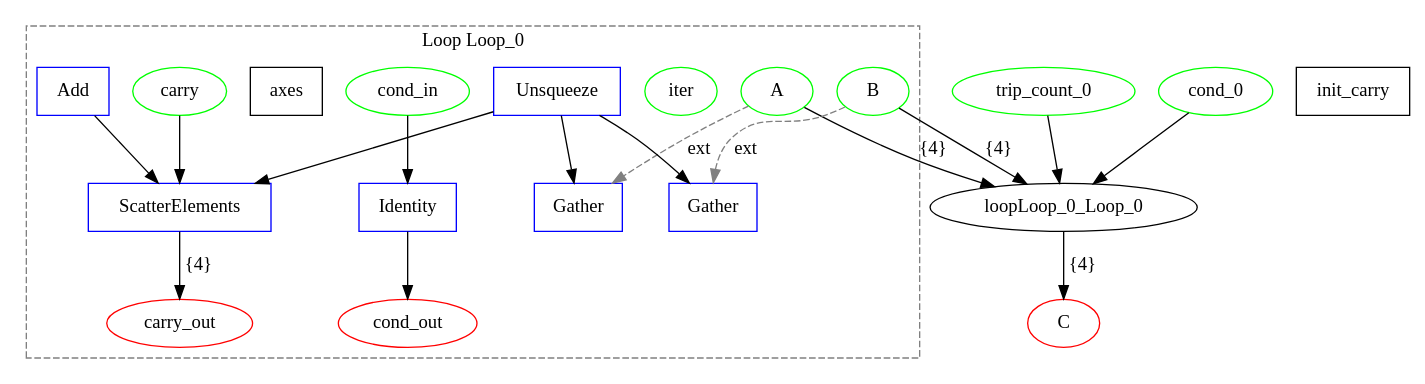
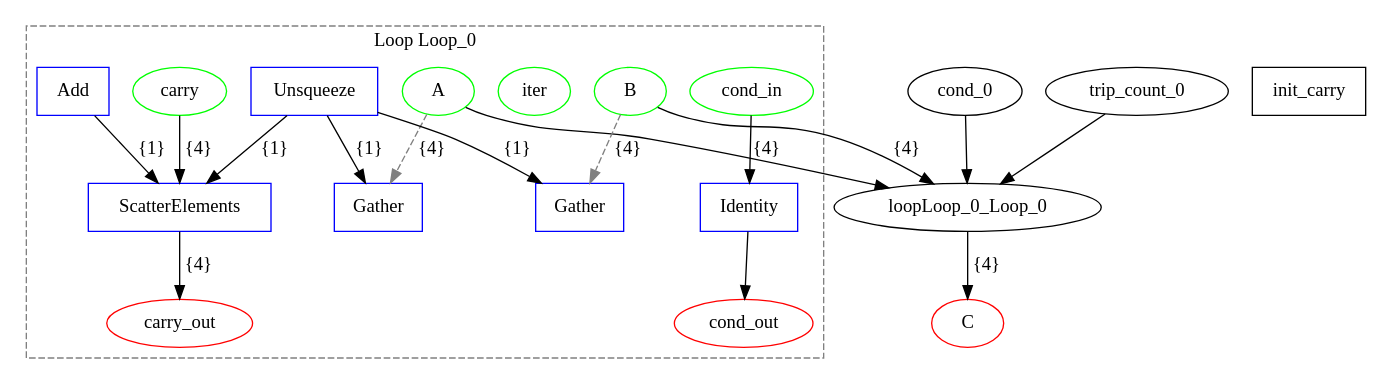
The diagram in examples/onnx/vectoradd_test.dot (specs-feup/onnx-flow), drawn with Graphviz before and after one commit. The commit also changed 27 other files, not shown here.

```diff
--- a/examples/onnx/vectoradd_test.dot
+++ b/examples/onnx/vectoradd_test.dot
@@ -1,43 +1,40 @@
 digraph {
   graph [compound=true];
   A [label=A shape=ellipse color="#00FF00"];
   B [label=B shape=ellipse color="#00FF00"];
   C [label=C shape=ellipse color="#FF0000"];
-  trip_count_0 [label=trip_count_0 shape=ellipse color="#00FF00"];
-  cond_0 [label=cond_0 shape=ellipse color="#00FF00"];
   init_carry [label=init_carry shape=box];
   subgraph cluster_loop_Loop_0 {
     graph [rankdir=LR compound=true];
     loopLoop_0_iter [label=iter shape=ellipse color="#00FF00"];
     loopLoop_0_cond_in [label=cond_in shape=ellipse color="#00FF00"];
     loopLoop_0_carry [label=carry shape=ellipse color="#00FF00"];
-    loopLoop_0_axes [label=axes shape=box];
     loopLoop_0_unsq [label=Unsqueeze shape=box color="#0000FF"];
-    loopLoop_0_unsq -> loopLoop_0_g_A_0 [label=""];
-    loopLoop_0_unsq -> loopLoop_0_g_B_0 [label=""];
-    loopLoop_0_unsq -> loopLoop_0_scatter [label=""];
-    loopLoop_0_g_A_0 [label=Gather shape=box color="#0000FF"];
-    loopLoop_0_g_B_0 [label=Gather shape=box color="#0000FF"];
+    loopLoop_0_unsq -> loopLoop_0_gather_A_0 [label="{1}"];
+    loopLoop_0_unsq -> loopLoop_0_gather_B_0 [label="{1}"];
+    loopLoop_0_unsq -> loopLoop_0_scatter [label="{1}"];
+    loopLoop_0_gather_A_0 [label=Gather shape=box color="#0000FF"];
+    loopLoop_0_gather_B_0 [label=Gather shape=box color="#0000FF"];
     loopLoop_0_Add_0 [label=Add shape=box color="#0000FF"];
-    loopLoop_0_Add_0 -> loopLoop_0_scatter [label=""];
+    loopLoop_0_Add_0 -> loopLoop_0_scatter [label="{1}"];
     loopLoop_0_scatter [label=ScatterElements shape=box color="#0000FF"];
     loopLoop_0_id_cond [label=Identity shape=box color="#0000FF"];
     loopLoop_0_cond_out [label=cond_out shape=ellipse color="#FF0000"];
     loopLoop_0_carry_out [label=carry_out shape=ellipse color="#FF0000"];
-    loopLoop_0_carry -> loopLoop_0_scatter [label=""];
+    loopLoop_0_carry -> loopLoop_0_scatter [label="{4}"];
     loopLoop_0_cond_in -> loopLoop_0_id_cond [label=""];
+    loopLoop_0_scatter -> loopLoop_0_carry_out [label="{4}"];
     loopLoop_0_id_cond -> loopLoop_0_cond_out [label=""];
-    loopLoop_0_scatter -> loopLoop_0_carry_out [label="{4}"];
-    A -> loopLoop_0_g_A_0 [style=dashed color=gray label=ext];
-    B -> loopLoop_0_g_B_0 [style=dashed color=gray label=ext];
+    A -> loopLoop_0_gather_A_0 [style=dashed color=gray label="{4}"];
+    B -> loopLoop_0_gather_B_0 [style=dashed color=gray label="{4}"];
     graph [label="Loop Loop_0"];
     graph [style=dashed];
     graph [color=gray];
   }
 
   A -> loopLoop_0_Loop_0 [label="{4}" lhead=cluster_loop_Loop_0];
   cond_0 -> loopLoop_0_Loop_0 [label="" lhead=cluster_loop_Loop_0];
   loopLoop_0_Loop_0 -> C [label="{4}" ltail=cluster_loop_Loop_0];
   B -> loopLoop_0_Loop_0 [label="{4}" lhead=cluster_loop_Loop_0];
   trip_count_0 -> loopLoop_0_Loop_0 [label="" lhead=cluster_loop_Loop_0];
 }
```
